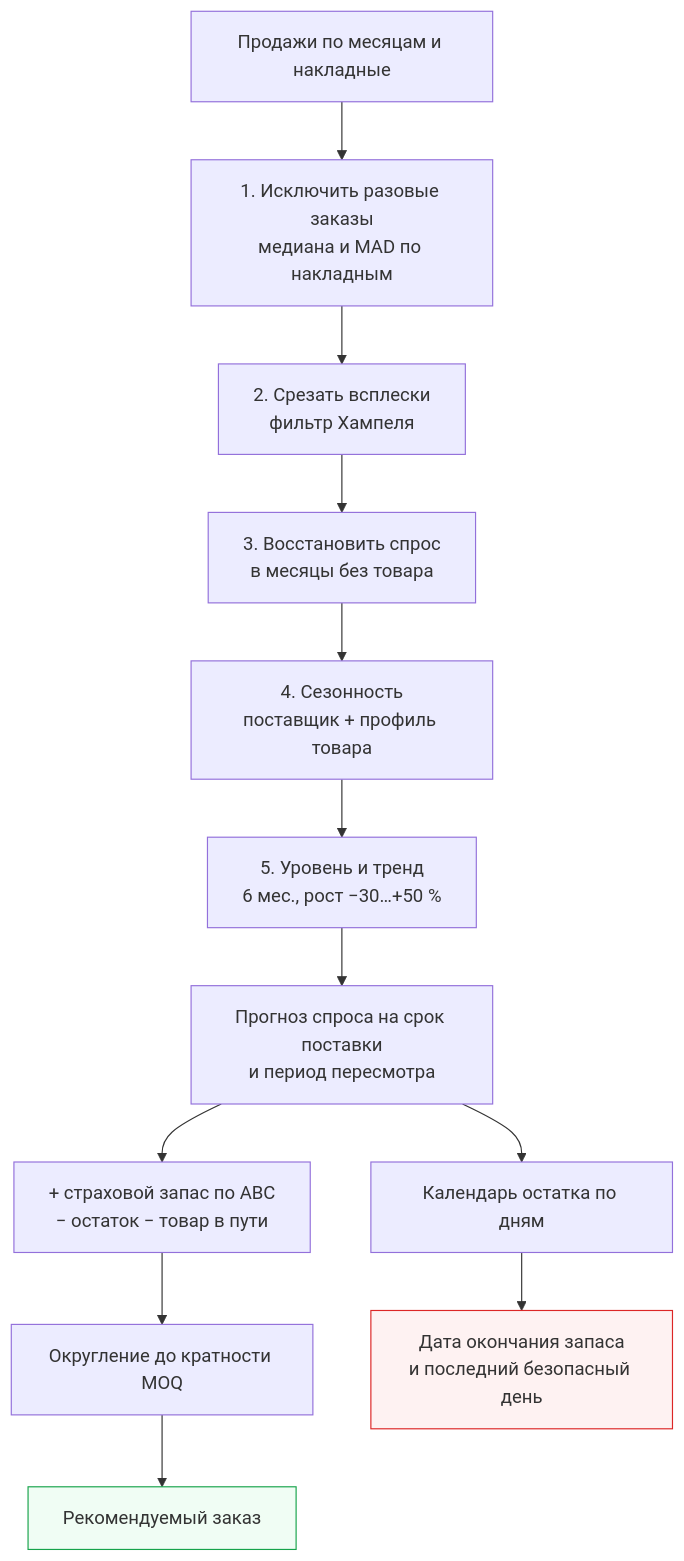
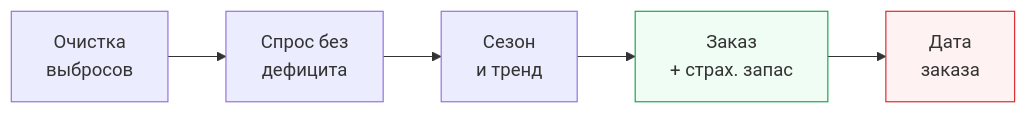
The fifth of 6 diagrams in README.md (BAITC-Hacks/hack-bd80e77f-light), drawn with Mermaid before and after one commit. The commit also changed other lines of this file, not shown here.

Commit message:
README: compact methodology and outlier diagrams

````diff
--- a/README.md
+++ b/README.md
@@ -524,16 +524,6 @@
 ```mermaid
-flowchart TD
-    A["Продажи по месяцам и накладные"] --> B["1. Исключить разовые заказы<br/>медиана и MAD по накладным"]
-    B --> C["2. Срезать всплески<br/>фильтр Хампеля"]
-    C --> D["3. Восстановить спрос<br/>в месяцы без товара"]
-    D --> E["4. Сезонность<br/>поставщик + профиль товара"]
-    E --> F["5. Уровень и тренд<br/>6 мес., рост −30…+50 %"]
-    F --> G["Прогноз спроса на срок поставки<br/>и период пересмотра"]
-    G --> H["+ страховой запас по ABC<br/>− остаток − товар в пути"]
-    H --> I["Округление до кратности MOQ"]
-    I --> J["Рекомендуемый заказ"]
-    G --> K["Календарь остатка по дням"]
-    K --> L["Дата окончания запаса<br/>и последний безопасный день"]
-    style J fill:#f0fdf4,stroke:#16a34a
-    style L fill:#fef2f2,stroke:#dc2626
+flowchart LR
+    A["Очистка<br/>выбросов"] --> B["Спрос без<br/>дефицита"] --> C["Сезон<br/>и тренд"] --> D["Заказ<br/>+ страх. запас"] --> E["Дата<br/>заказа"]
+    style D fill:#f0fdf4,stroke:#16a34a
+    style E fill:#fef2f2,stroke:#dc2626
 ```
````
